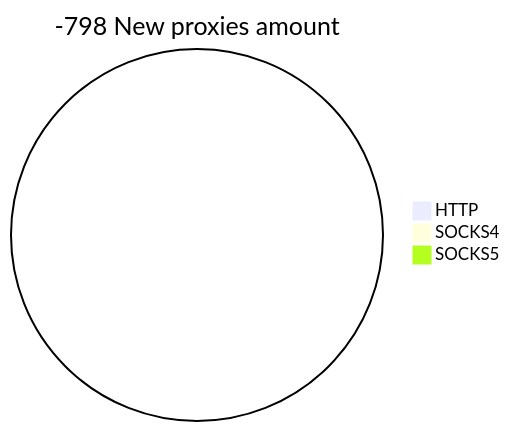
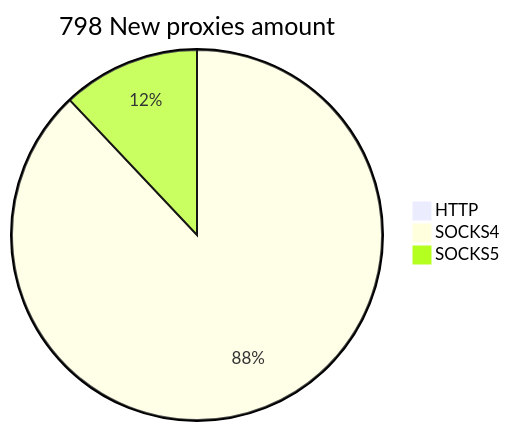
Before and after one commit to cutipu/proxylist: the second of 2 diagrams in README.md, drawn with Mermaid. The commit also changed other lines of this file, not shown here.

````diff
--- a/README.md
+++ b/README.md
@@ -10,6 +10,6 @@
 ```mermaid
-pie title -798 New proxies amount
+pie title 798 New proxies amount
     "HTTP" : 0
-    "SOCKS4" : 0
-    "SOCKS5" : 0
+    "SOCKS4" : 702
+    "SOCKS5" : 96
 ```
````
